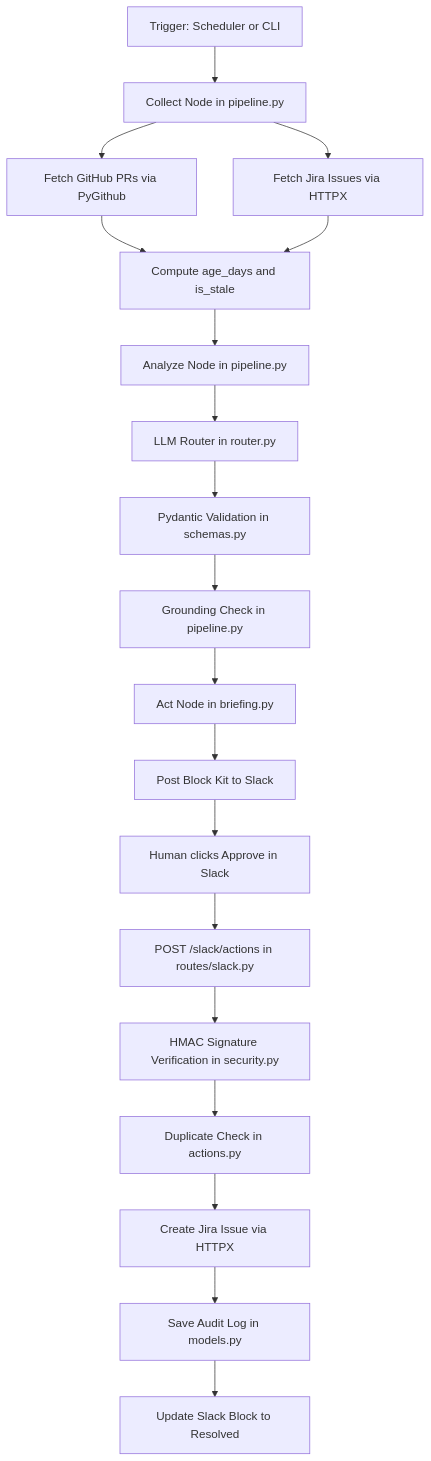
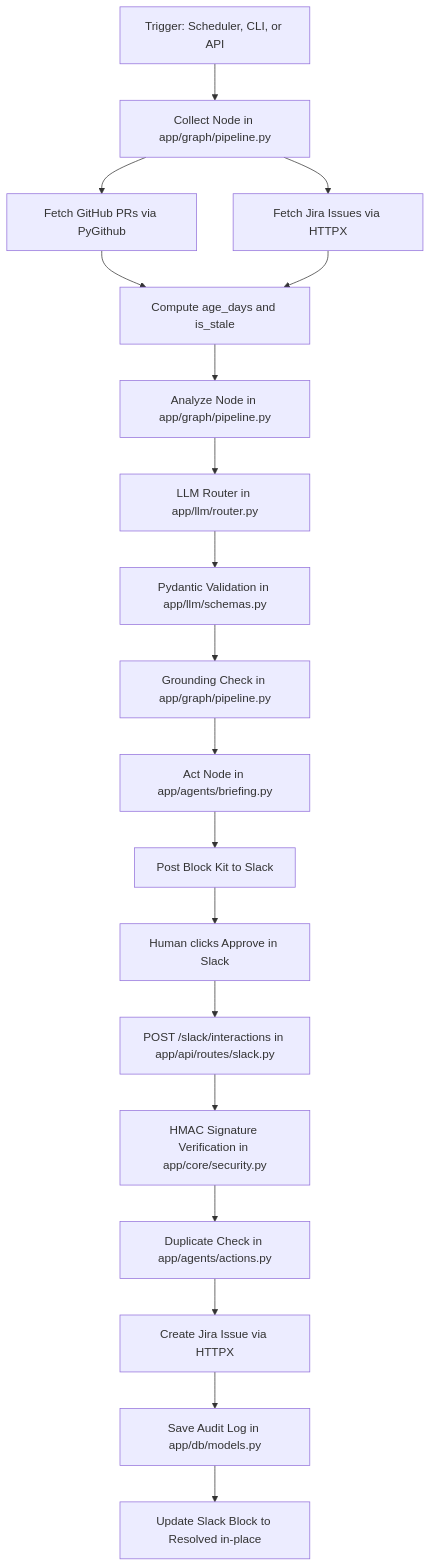
The diagram in docs/PROJECT_GUIDE.md (mnithinn24/teampulse-ai-ops-agent), drawn with Mermaid before and after one commit. The commit also changed other lines of this file and 12 other files, not shown here.

Commit message:
docs: sync README, guide and architecture with code

````diff
--- a/docs/PROJECT_GUIDE.md
+++ b/docs/PROJECT_GUIDE.md
@@ -114,21 +179,21 @@
 ```mermaid
 flowchart TD
-    A[Trigger: Scheduler or CLI] --> B[Collect Node in pipeline.py]
+    A[Trigger: Scheduler, CLI, or API] --> B[Collect Node in app/graph/pipeline.py]
     B --> C[Fetch GitHub PRs via PyGithub]
     B --> D[Fetch Jira Issues via HTTPX]
     C --> E[Compute age_days and is_stale]
     D --> E
-    E --> F[Analyze Node in pipeline.py]
-    F --> G[LLM Router in router.py]
-    G --> H[Pydantic Validation in schemas.py]
-    H --> I[Grounding Check in pipeline.py]
-    I --> J[Act Node in briefing.py]
+    E --> F[Analyze Node in app/graph/pipeline.py]
+    F --> G[LLM Router in app/llm/router.py]
+    G --> H[Pydantic Validation in app/llm/schemas.py]
+    H --> I[Grounding Check in app/graph/pipeline.py]
+    I --> J[Act Node in app/agents/briefing.py]
     J --> K[Post Block Kit to Slack]
     K --> L[Human clicks Approve in Slack]
-    L --> M[POST /slack/actions in routes/slack.py]
-    M --> N[HMAC Signature Verification in security.py]
-    N --> O[Duplicate Check in actions.py]
+    L --> M[POST /slack/interactions in app/api/routes/slack.py]
+    M --> N[HMAC Signature Verification in app/core/security.py]
+    N --> O[Duplicate Check in app/agents/actions.py]
     O --> P[Create Jira Issue via HTTPX]
-    P --> Q[Save Audit Log in models.py]
-    Q --> R[Update Slack Block to Resolved]
+    P --> Q[Save Audit Log in app/db/models.py]
+    Q --> R[Update Slack Block to Resolved in-place]
 ```
````
